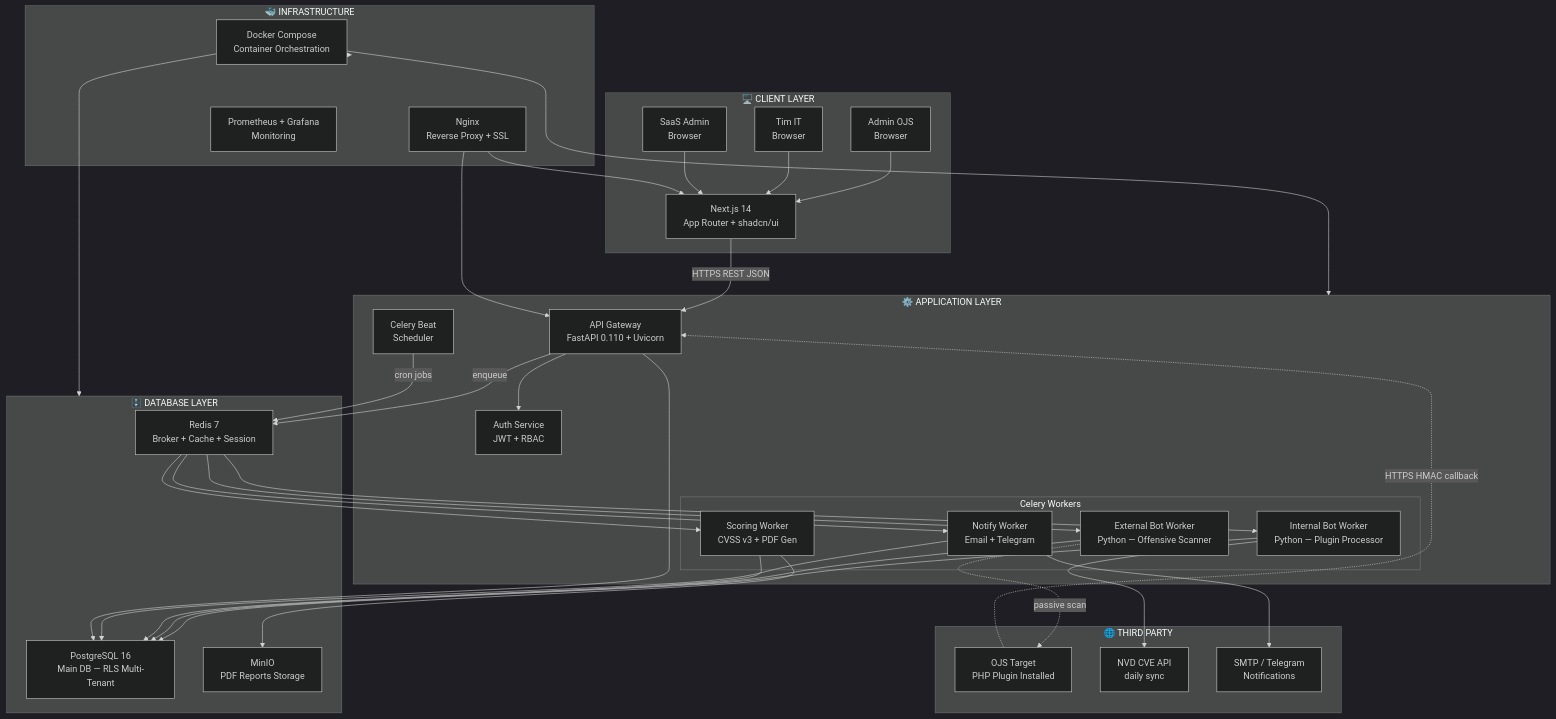
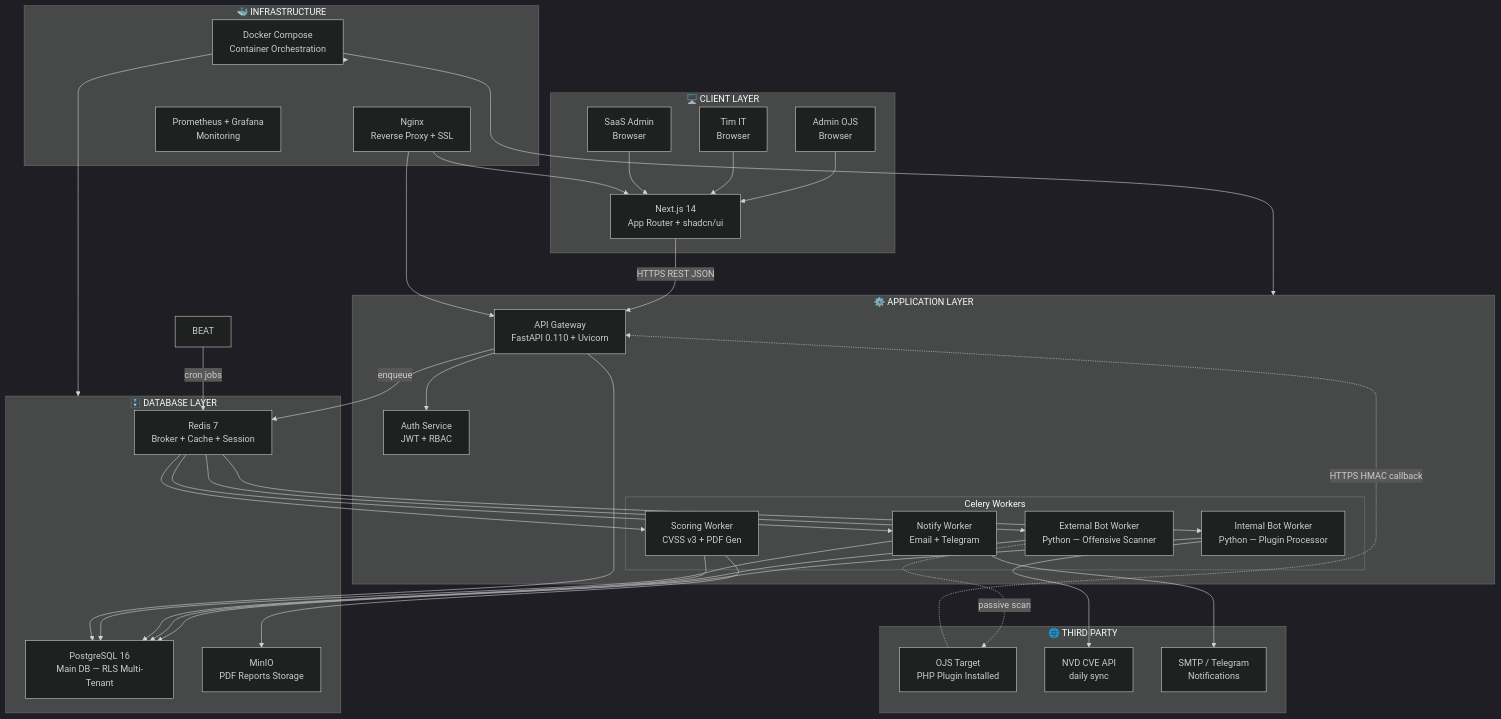
Before and after one commit to OJS-Def-CP-Filkom-UB/OJSDEF-BackEnd: the first of 14 diagrams in docs/SRS_OJSDEF.md, drawn with Mermaid (dark theme). The commit also changed other lines of this file and 2 other files, not shown here.

````diff
--- a/docs/SRS_OJSDEF.md
+++ b/docs/SRS_OJSDEF.md
@@ -136,56 +167,56 @@
 ```mermaid
 graph TB
     subgraph CLIENT["🖥️ CLIENT LAYER"]
         U1[Admin OJS<br/>Browser]
         U2[Tim IT<br/>Browser]
         U3[SaaS Admin<br/>Browser]
         FE["Next.js 14<br/>App Router + shadcn/ui"]
     end
 
     subgraph APP["⚙️ APPLICATION LAYER"]
         GW["API Gateway<br/>FastAPI 0.110 + Uvicorn"]
         AUTH["Auth Service<br/>JWT + RBAC"]
-        BEAT["Celery Beat<br/>Scheduler"]
+        %% BEAT["Celery Beat Scheduler"] — DEFERRED: tidak dijalankan pada MVP. Aktifkan di Fase 2 untuk scan scheduling.
 
         subgraph WORKERS["Celery Workers"]
             WI["Internal Bot Worker<br/>Python — Plugin Processor"]
             WE["External Bot Worker<br/>Python — Offensive Scanner"]
             WS["Scoring Worker<br/>CVSS v3 + PDF Gen"]
             WN["Notify Worker<br/>Email + Telegram"]
         end
     end
 
     subgraph DB["🗄️ DATABASE LAYER"]
         PG["PostgreSQL 16<br/>Main DB — RLS Multi-Tenant"]
         RD["Redis 7<br/>Broker + Cache + Session"]
         MN["MinIO<br/>PDF Reports Storage"]
     end
 
     subgraph INFRA["🐳 INFRASTRUCTURE"]
         NG["Nginx<br/>Reverse Proxy + SSL"]
         DK["Docker Compose<br/>Container Orchestration"]
         PR["Prometheus + Grafana<br/>Monitoring"]
     end
 
     subgraph EXT["🌐 THIRD PARTY"]
         OJS["OJS Target<br/>PHP Plugin Installed"]
         CVE["NVD CVE API<br/>daily sync"]
         SMTP["SMTP / Telegram<br/>Notifications"]
     end
 
     U1 & U2 & U3 --> FE
     FE -- "HTTPS REST JSON" --> GW
     GW --> AUTH
     GW -- "enqueue" --> RD
     RD --> WI & WE & WS & WN
     BEAT -- "cron jobs" --> RD
     WI & WE & WS & WN --> PG
     WS --> MN
     WN --> SMTP
     WE -. "passive scan" .-> OJS
     OJS -. "HTTPS HMAC callback" .-> GW
     WI --> CVE
     GW --> PG
     NG --> FE & GW
     DK --> APP & DB & INFRA
 ```
````
